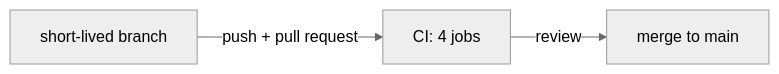
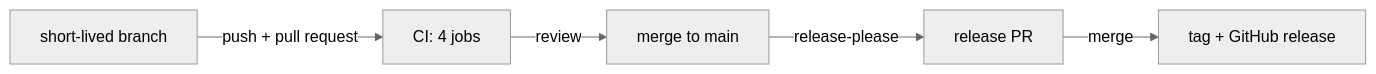
One commit to rootcube/data-mesh-template changed the diagram in docs/conventions/git-workflow.md. Above: the diagram before and after it, drawn with Mermaid (neutral theme). The commit also changed other lines of this file and 3 other files, not shown here.

Commit message:
docs: update git workflow documentation for release-please integration

````diff
--- a/docs/conventions/git-workflow.md
+++ b/docs/conventions/git-workflow.md
@@ -19,5 +20,7 @@
 ```mermaid
 flowchart LR
     A[short-lived branch] -->|push + pull request| B[CI: 4 jobs]
     B -->|review| C[merge to main]
+    C -->|release-please| D[release PR]
+    D -->|merge| E[tag + GitHub release]
 ```
````
